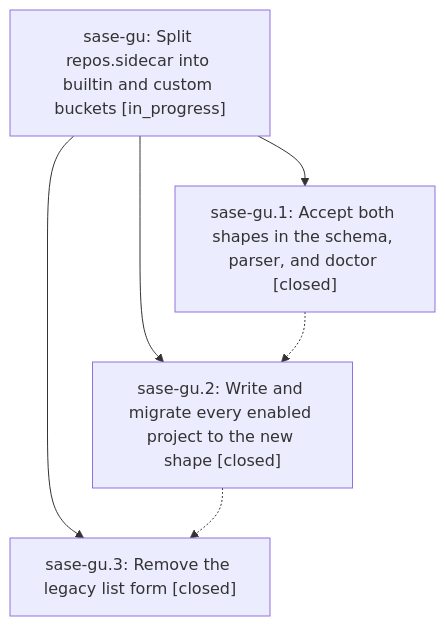
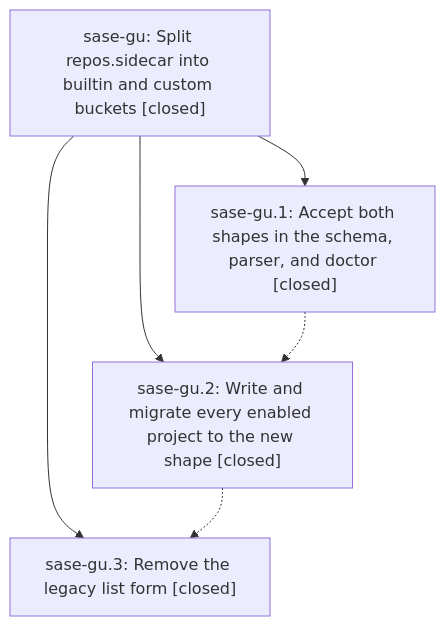
One commit to sase-org/sase--beads changed the diagram in pages/sase-gu/README.md. Above: the diagram before and after it, drawn with Mermaid. The commit also changed other lines of this file, not shown here.

First line of the commit message:
chore(beads): sync bead state and pages for sase-gu

````diff
--- a/pages/sase-gu/README.md
+++ b/pages/sase-gu/README.md
@@ -24,12 +24,12 @@
 ```mermaid
 flowchart TD
-    n0["sase-gu: Split repos.sidecar into builtin and custom buckets [in_progress]"]
+    n0["sase-gu: Split repos.sidecar into builtin and custom buckets [closed]"]
     n1["sase-gu.1: Accept both shapes in the schema, parser, and doctor [closed]"]
     n2["sase-gu.2: Write and migrate every enabled project to the new shape [closed]"]
     n3["sase-gu.3: Remove the legacy list form [closed]"]
     n0 --> n1
     n0 --> n2
     n0 --> n3
     n1 -.-> n2
     n2 -.-> n3
 ```
````
